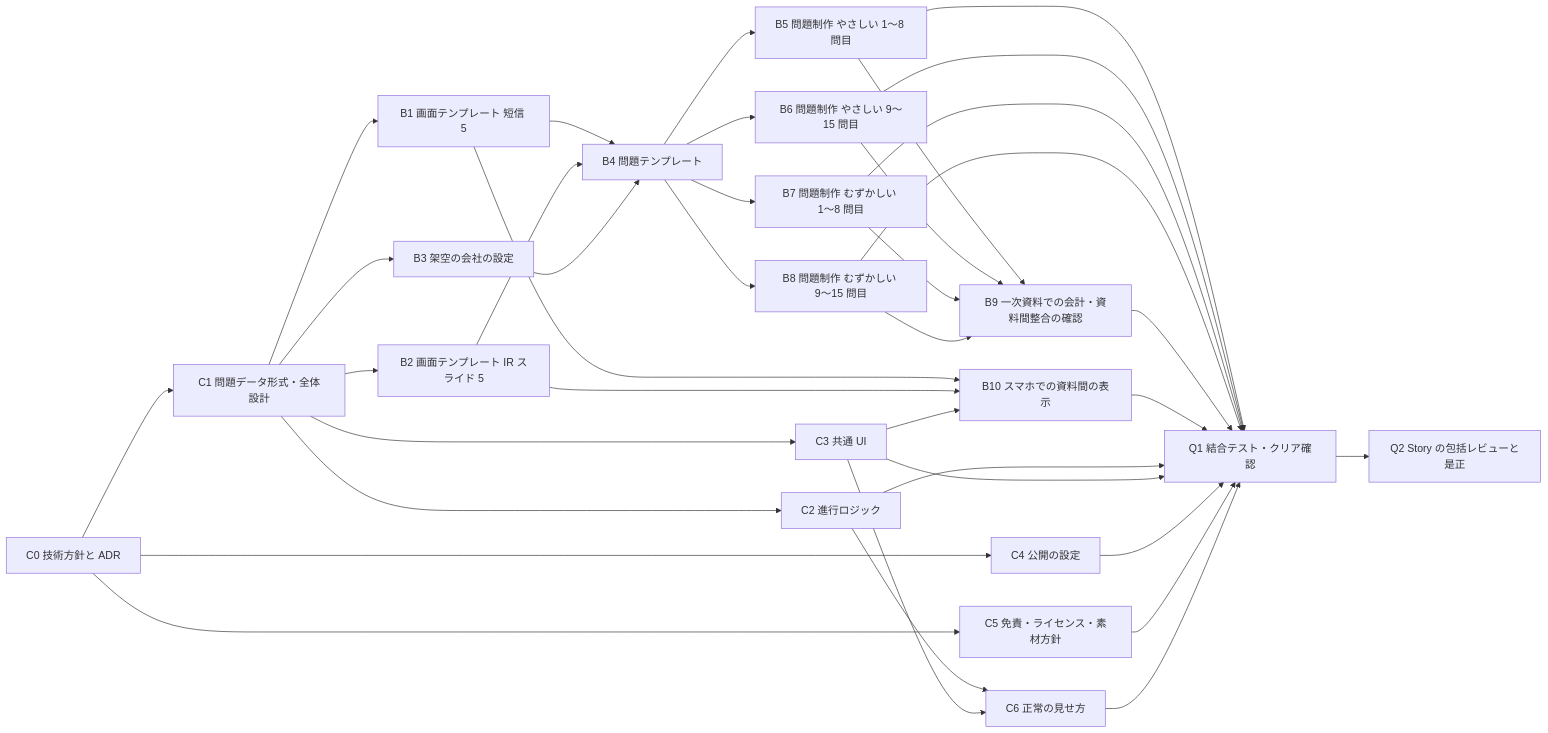
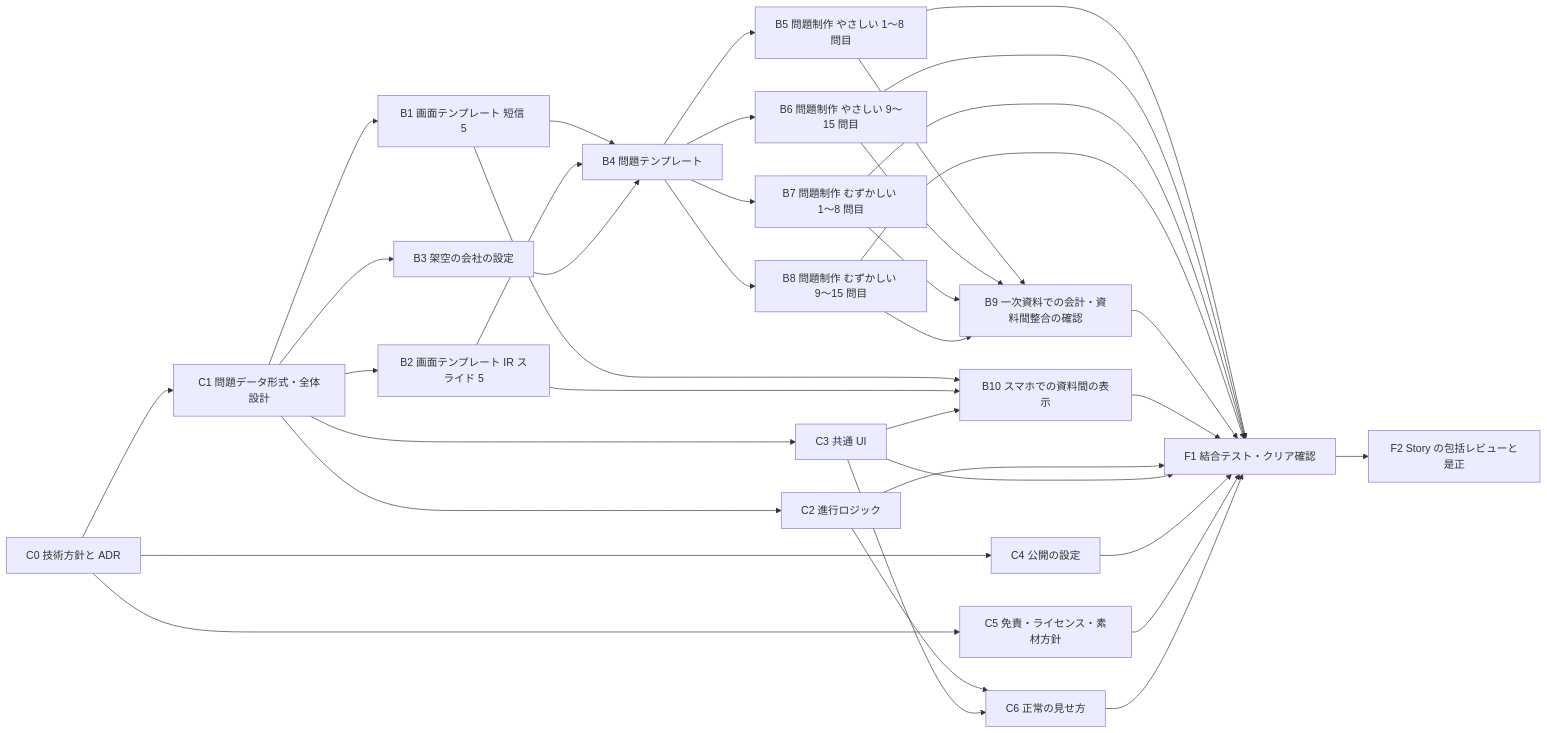
Before and after one commit to calliope-pro/kessan-8: the second of 3 diagrams in docs/plans/plan-comparison.md, drawn with Mermaid. The commit also changed other lines of this file and 3 other files, not shown here.

````diff
--- a/docs/plans/plan-comparison.md
+++ b/docs/plans/plan-comparison.md
@@ -191,58 +206,58 @@
 ```mermaid
 flowchart LR
   BC0["C0 技術方針と ADR"]
   BC1["C1 問題データ形式・全体設計"]
   BC2["C2 進行ロジック"]
   BC3["C3 共通 UI"]
   BC4["C4 公開の設定"]
   BC5["C5 免責・ライセンス・素材方針"]
   BC6["C6 正常の見せ方"]
   BB1["B1 画面テンプレート 短信 5"]
   BB2["B2 画面テンプレート IR スライド 5"]
   BB3["B3 架空の会社の設定"]
   BB4["B4 問題テンプレート"]
   BB5["B5 問題制作 やさしい 1〜8 問目"]
   BB6["B6 問題制作 やさしい 9〜15 問目"]
   BB7["B7 問題制作 むずかしい 1〜8 問目"]
   BB8["B8 問題制作 むずかしい 9〜15 問目"]
   BB9["B9 一次資料での会計・資料間整合の確認"]
   BB10["B10 スマホでの資料間の表示"]
-  BQ1["Q1 結合テスト・クリア確認"]
-  BQ2["Q2 Story の包括レビューと是正"]
+  BF1["F1 結合テスト・クリア確認"]
+  BF2["F2 Story の包括レビューと是正"]
   BC0 --> BC1
   BC1 --> BC2
   BC1 --> BC3
   BC0 --> BC4
   BC0 --> BC5
   BC2 --> BC6
   BC3 --> BC6
   BC1 --> BB1
   BC1 --> BB2
   BC1 --> BB3
   BB1 --> BB4
   BB2 --> BB4
   BB3 --> BB4
   BB4 --> BB5
   BB4 --> BB6
   BB4 --> BB7
   BB4 --> BB8
   BB5 --> BB9
   BB6 --> BB9
   BB7 --> BB9
   BB8 --> BB9
   BB1 --> BB10
   BB2 --> BB10
   BC3 --> BB10
-  BB5 --> BQ1
-  BB6 --> BQ1
-  BB7 --> BQ1
-  BB8 --> BQ1
-  BB9 --> BQ1
-  BB10 --> BQ1
-  BC2 --> BQ1
-  BC3 --> BQ1
-  BC4 --> BQ1
-  BC5 --> BQ1
-  BC6 --> BQ1
-  BQ1 --> BQ2
+  BB5 --> BF1
+  BB6 --> BF1
+  BB7 --> BF1
+  BB8 --> BF1
+  BB9 --> BF1
+  BB10 --> BF1
+  BC2 --> BF1
+  BC3 --> BF1
+  BC4 --> BF1
+  BC5 --> BF1
+  BC6 --> BF1
+  BF1 --> BF2
 ```
````
